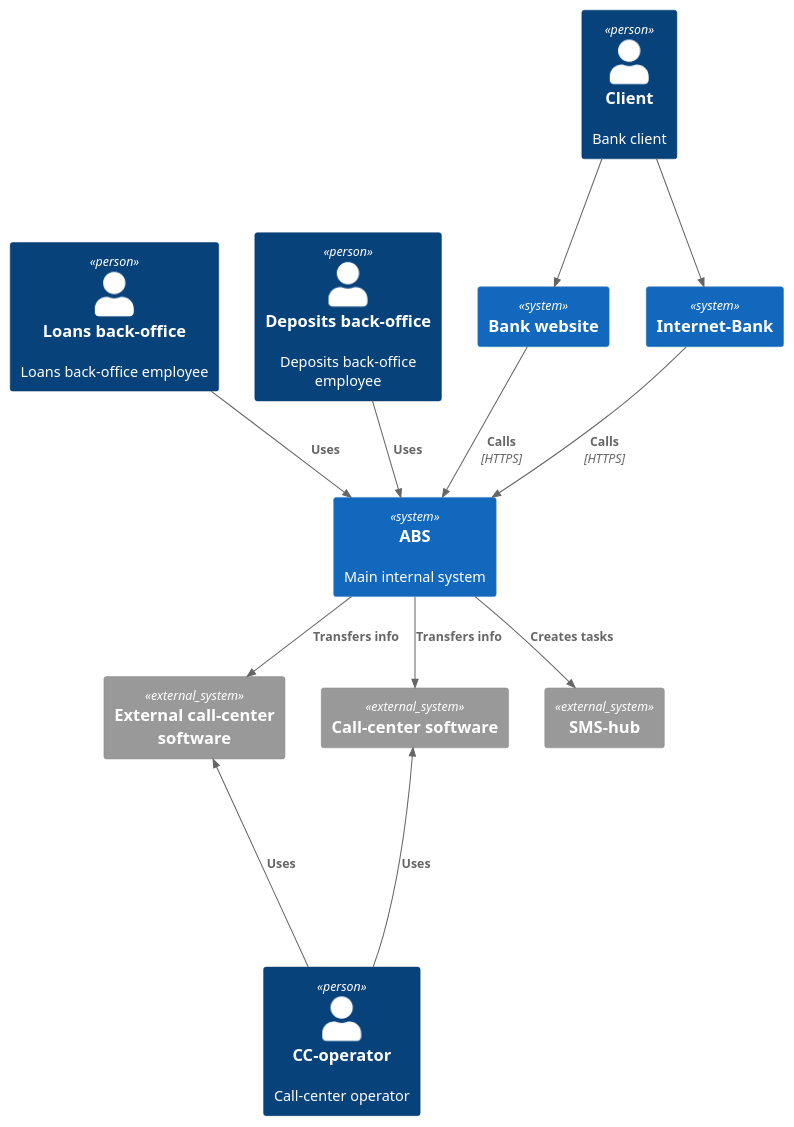
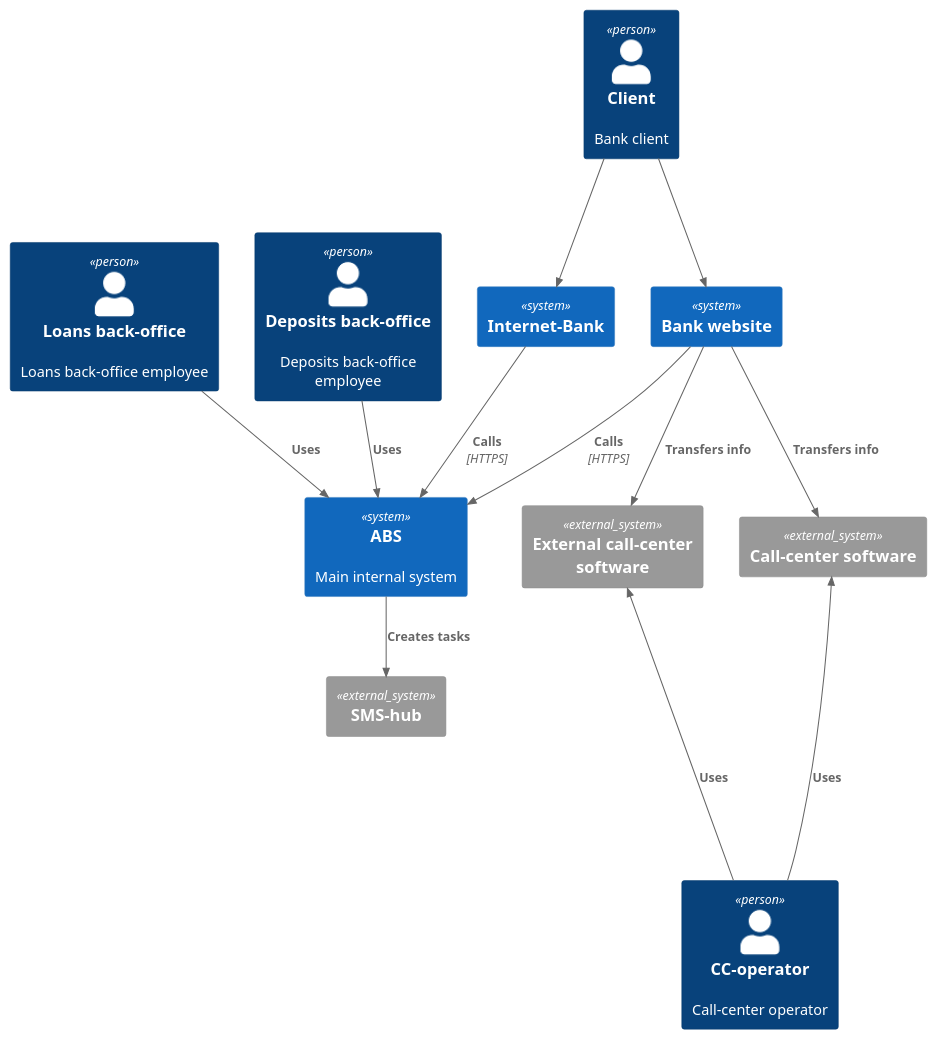
One commit to ISamburskiy/architecture-standart changed the diagram in Task3/Context.puml. Above: the diagram before and after it, drawn with PlantUML.

```diff
--- a/Task3/Context.puml
+++ b/Task3/Context.puml
@@ -1,43 +1,36 @@
 @startuml context_dia
 !includeurl https://raw.githubusercontent.com/RicardoNiepel/C4-PlantUML/master/C4_Component.puml
 
-
+'''
 Person(Client, "Client", "Bank client")
 Person(CC, "CC-operator", "Call-center operator")
 Person(loanBO, "Loans back-office", "Loans back-office employee")
 Person(depositBO, "Deposits back-office", "Deposits back-office employee")
-
+'''
 System(ABS, "ABS", "Main internal system")
 System(site, "Bank website")
 System(IB, "Internet-Bank")
-
+'''
 System_Ext(CCSW, "Call-center software")
 System_Ext(CCSWext, "External call-center software")
 System_Ext(sms, "SMS-hub")
-
+'''
 CCSW --[hidden]left-- CCSWext
 CCSW --[hidden]down-- CC
-
-
+'''
 Rel(Client, site, "")
 Rel(Client, IB, "")
-
+Rel(CC, CCSW, "Uses")
+Rel(CC, CCSWext, "Uses")
+'''
 Rel(site, ABS, "Calls", "HTTPS")
 Rel(IB, ABS, "Calls", "HTTPS")
-
+'''
 Rel(loanBO, ABS, "Uses")
 Rel(depositBO, ABS, "Uses")
-
+'''
 Rel(ABS, sms, "Creates tasks")
-Rel(ABS, CCSW, "Transfers info")
-Rel(ABS, CCSWext, "Transfers info")
-
-
-
-Rel(CC, CCSW, "Uses")
-Rel(CC, CCSWext, "Uses")
-
-
-
+Rel(site, CCSW, "Transfers info")
+Rel(site, CCSWext, "Transfers info")
 
 @enduml 
```
